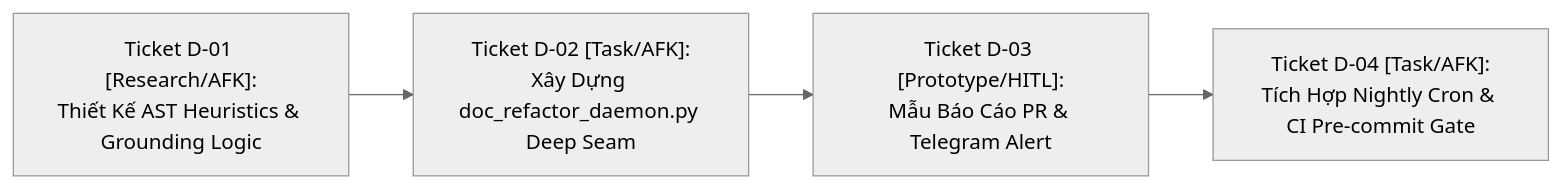
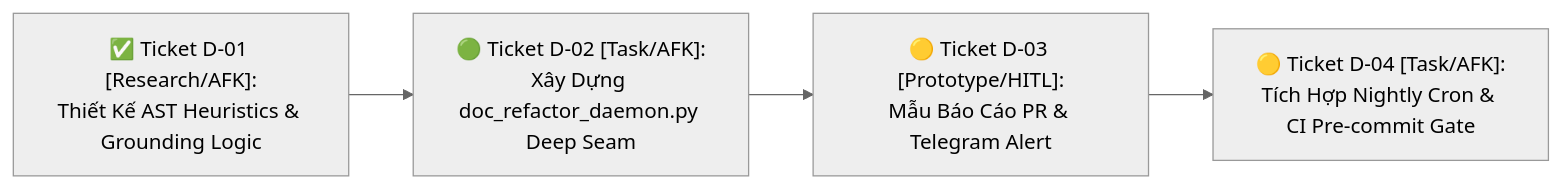
One commit to vvChu/ccba-agent-platform changed the diagram in .md/knowledge/issues/doc-auto-evolution/map.md. Above: the diagram before and after it, drawn with Mermaid (neutral theme). The commit also changed other lines of this file and 1 other file, not shown here.

Commit message:
docs(research): complete Ticket D-01 AST heuristics and code-grounding specification

````diff
--- a/.md/knowledge/issues/doc-auto-evolution/map.md
+++ b/.md/knowledge/issues/doc-auto-evolution/map.md
@@ -37,6 +38,6 @@
 ```mermaid
 graph LR
-    D01["Ticket D-01 [Research/AFK]:<br/>Thiết Kế AST Heuristics & Grounding Logic"] --> D02["Ticket D-02 [Task/AFK]:<br/>Xây Dựng doc_refactor_daemon.py Deep Seam"]
-    D02 --> D03["Ticket D-03 [Prototype/HITL]:<br/>Mẫu Báo Cáo PR & Telegram Alert"]
-    D03 --> D04["Ticket D-04 [Task/AFK]:<br/>Tích Hợp Nightly Cron & CI Pre-commit Gate"]
+    D01["✅ Ticket D-01 [Research/AFK]:<br/>Thiết Kế AST Heuristics & Grounding Logic"] --> D02["🟢 Ticket D-02 [Task/AFK]:<br/>Xây Dựng doc_refactor_daemon.py Deep Seam"]
+    D02 --> D03["🟡 Ticket D-03 [Prototype/HITL]:<br/>Mẫu Báo Cáo PR & Telegram Alert"]
+    D03 --> D04["🟡 Ticket D-04 [Task/AFK]:<br/>Tích Hợp Nightly Cron & CI Pre-commit Gate"]
 ```
````
